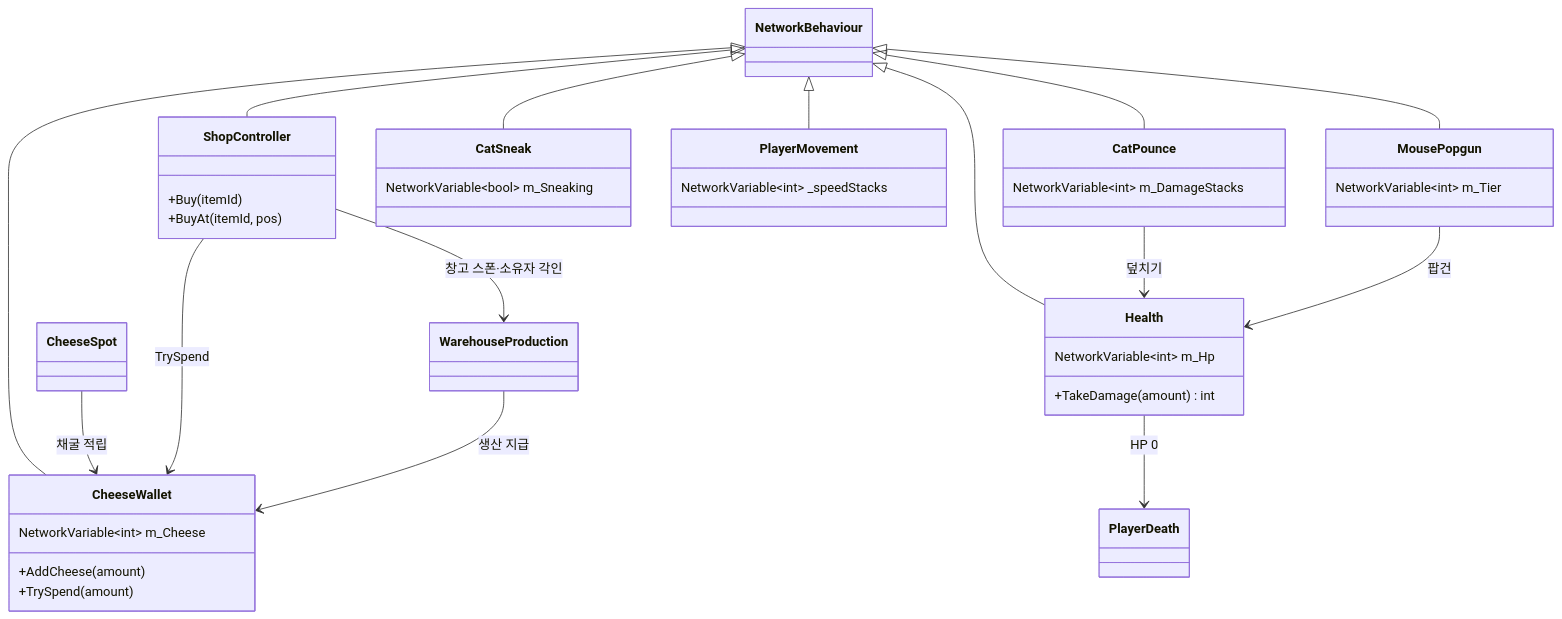
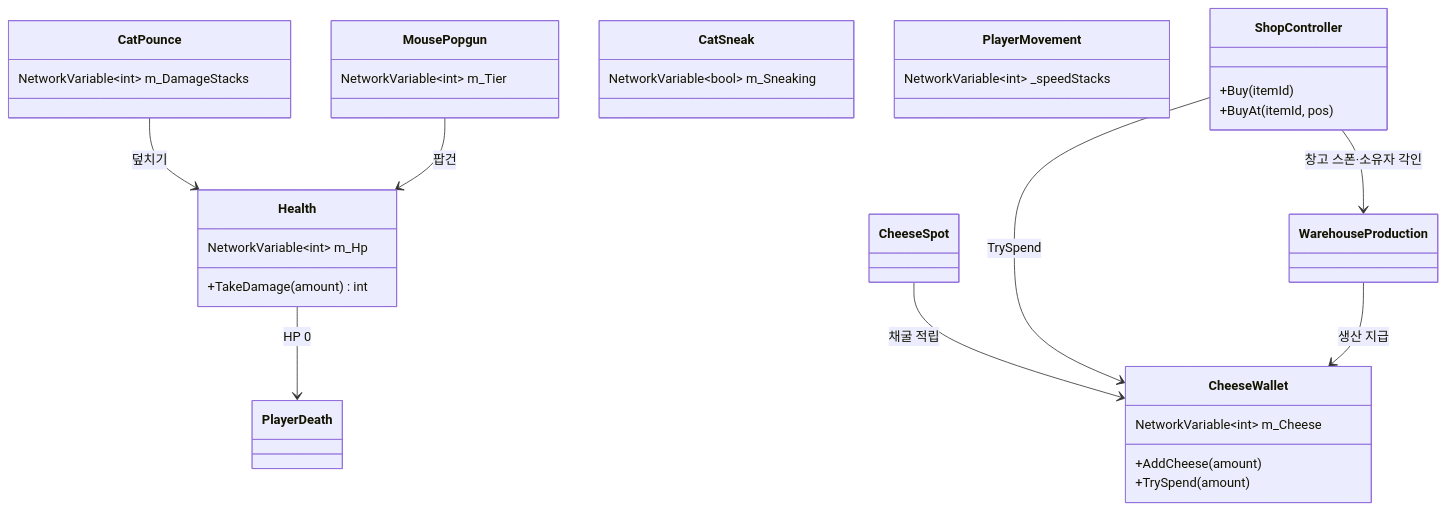
One commit to JeahanPark/The-Cheese-Thief-and-the-Cat changed the sixth of 10 diagrams in CTC/docs/design-vault/코드 다이어그램.md. Above: the diagram before and after it, drawn with Mermaid. The commit also changed other lines of this file and 1 other file, not shown here.

First line of the commit message:
docs(vault): 다이어그램 글자가 작아 안 보이던 문제 — 축소 대신 가로 스크롤

````diff
--- a/CTC/docs/design-vault/코드 다이어그램.md
+++ b/CTC/docs/design-vault/코드 다이어그램.md
@@ -136,46 +131,38 @@
 ```mermaid
 classDiagram
     direction TB
 
     class CheeseWallet {
         NetworkVariable~int~ m_Cheese
         +AddCheese(amount)
         +TrySpend(amount)
     }
     class Health {
         NetworkVariable~int~ m_Hp
         +TakeDamage(amount) int
     }
     class CatPounce {
         NetworkVariable~int~ m_DamageStacks
     }
     class MousePopgun {
         NetworkVariable~int~ m_Tier
     }
     class CatSneak {
         NetworkVariable~bool~ m_Sneaking
     }
     class PlayerMovement {
         NetworkVariable~int~ _speedStacks
     }
     class ShopController {
         +Buy(itemId)
         +BuyAt(itemId, pos)
     }
 
-    NetworkBehaviour <|-- CheeseWallet
-    NetworkBehaviour <|-- Health
-    NetworkBehaviour <|-- CatPounce
-    NetworkBehaviour <|-- MousePopgun
-    NetworkBehaviour <|-- CatSneak
-    NetworkBehaviour <|-- PlayerMovement
-    NetworkBehaviour <|-- ShopController
-
     CheeseSpot --> CheeseWallet : 채굴 적립
     ShopController --> CheeseWallet : TrySpend
     ShopController --> WarehouseProduction : 창고 스폰·소유자 각인
     WarehouseProduction --> CheeseWallet : 생산 지급
     CatPounce --> Health : 덮치기
     MousePopgun --> Health : 팝건
     Health --> PlayerDeath : HP 0
 ```
````
